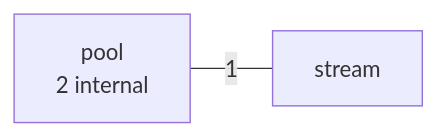
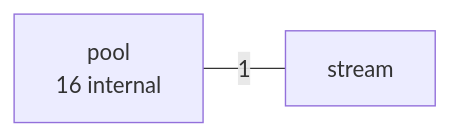
Before and after one commit to LukasSelin/doppel: the second of 4 diagrams in examples/conc.md, drawn with Mermaid. The commit also changed other lines of this file and 6 other files, not shown here.

````diff
--- a/examples/conc.md
+++ b/examples/conc.md
@@ -113,6 +114,6 @@
 ```mermaid
 flowchart LR
-    p0["pool<br/>2 internal"]
+    p0["pool<br/>16 internal"]
     p1["stream"]
     p0 ---|"1"| p1
 ```
````
